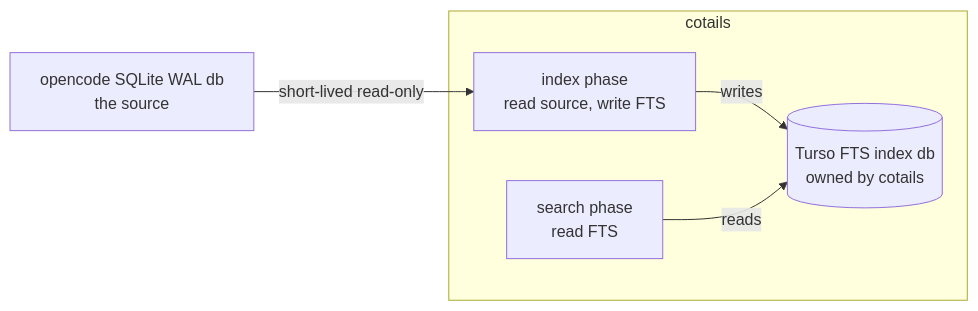
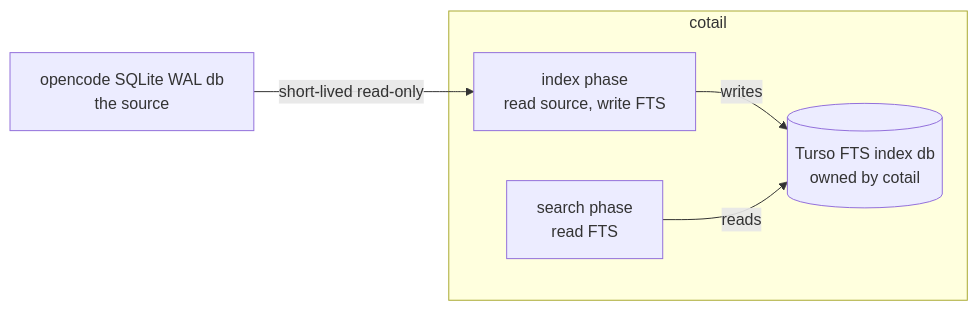
Before and after one commit to rektide/opencotails: the diagram in README.md, drawn with Mermaid. The commit also changed other lines of this file and 6 other files, not shown here.

First line of the commit message:
Rename binary cotails -> cotail

````diff
--- a/README.md
+++ b/README.md
@@ -161,12 +161,12 @@
 ```mermaid
 graph LR
     OC[opencode SQLite WAL db<br/>the source]
-    subgraph "cotails"
+    subgraph "cotail"
         IDX[index phase<br/>read source, write FTS]
         SEARCH[search phase<br/>read FTS]
-        INDEXDB[(Turso FTS index db<br/>owned by cotails)]
+        INDEXDB[(Turso FTS index db<br/>owned by cotail)]
     end
     OC -->|short-lived read-only| IDX
     IDX -->|writes| INDEXDB
     SEARCH -->|reads| INDEXDB
 ```
````
